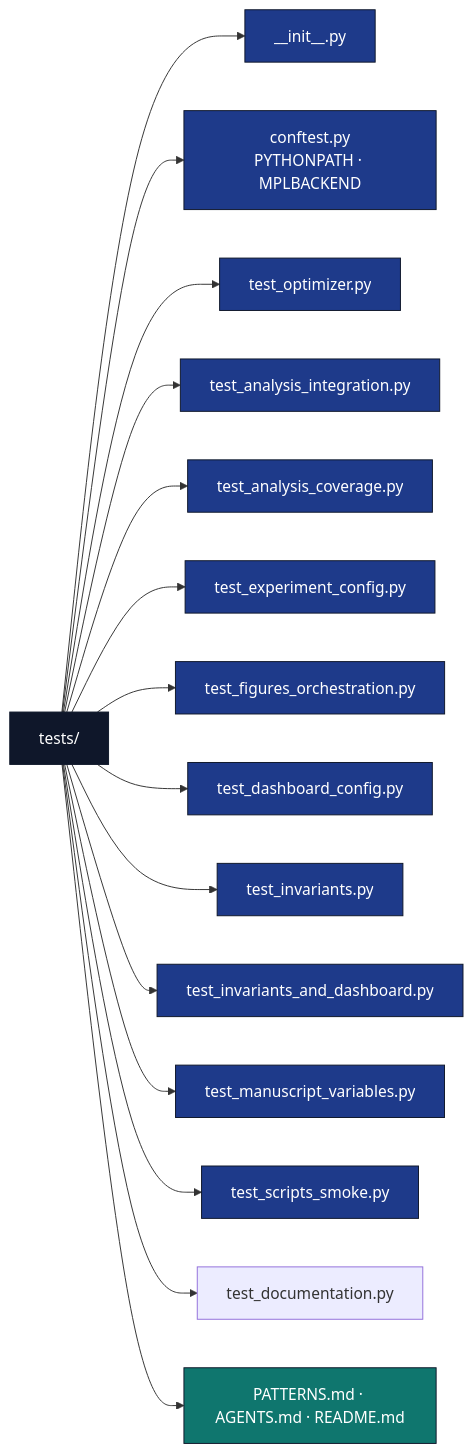
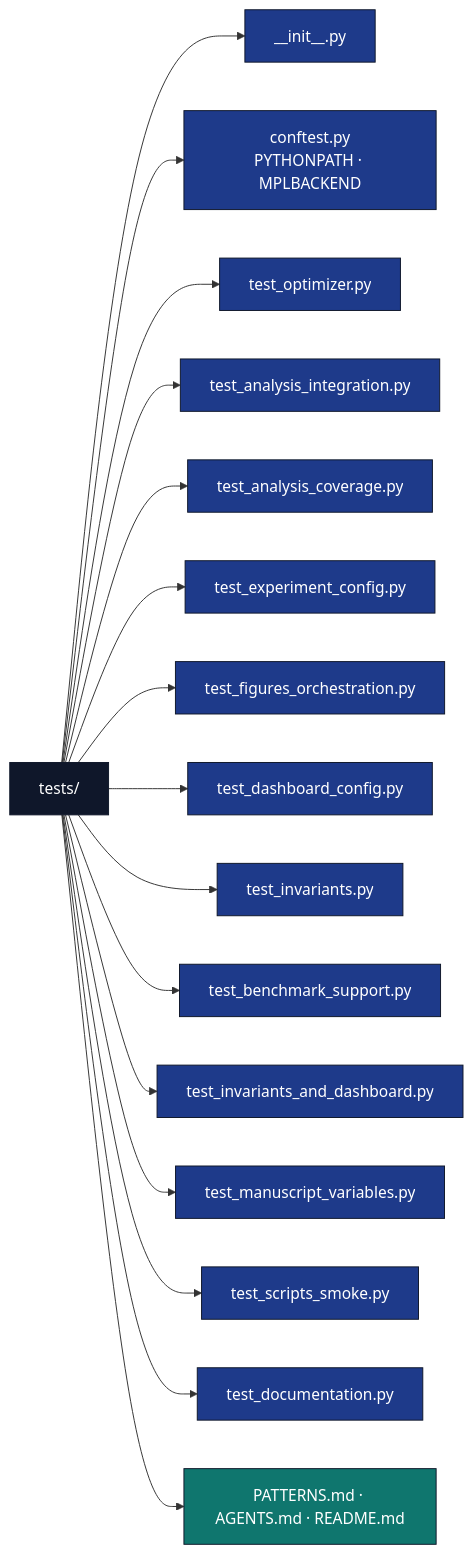
The diagram in projects/templates/template_code_project/tests/AGENTS.md (docxology/template), drawn with Mermaid before and after one commit. The commit also changed other lines of this file and 15 other files, not shown here.

````diff
--- a/projects/templates/template_code_project/tests/AGENTS.md
+++ b/projects/templates/template_code_project/tests/AGENTS.md
@@ -16,25 +16,26 @@
 ```mermaid
 flowchart LR
     T[tests/]
     T --> INIT[__init__.py]
     T --> CFG[conftest.py<br/>PYTHONPATH · MPLBACKEND]
     T --> TEST[test_optimizer.py]
     T --> TAI[test_analysis_integration.py]
     T --> TAC[test_analysis_coverage.py]
     T --> TEC[test_experiment_config.py]
     T --> TFO[test_figures_orchestration.py]
     T --> TDC[test_dashboard_config.py]
     T --> TINV[test_invariants.py]
+    T --> TBS[test_benchmark_support.py]
     T --> TIDA[test_invariants_and_dashboard.py]
     T --> TMV[test_manuscript_variables.py]
     T --> TSS[test_scripts_smoke.py]
     T --> TDOC[test_documentation.py]
     T --> DOCS[PATTERNS.md · AGENTS.md · README.md]
 
     classDef d fill:#0f172a,stroke:#0f172a,color:#fff
     classDef code fill:#1e3a8a,stroke:#0f172a,color:#fff
     classDef doc fill:#0f766e,stroke:#0f172a,color:#fff
     class T d
-    class INIT,CFG,TEST,TAI,TAC,TEC,TFO,TDC,TINV,TIDA,TMV,TSS code
+    class INIT,CFG,TEST,TAI,TAC,TEC,TFO,TDC,TINV,TIDA,TBS,TMV,TSS,TDOC code
     class DOCS doc
 ```
````
